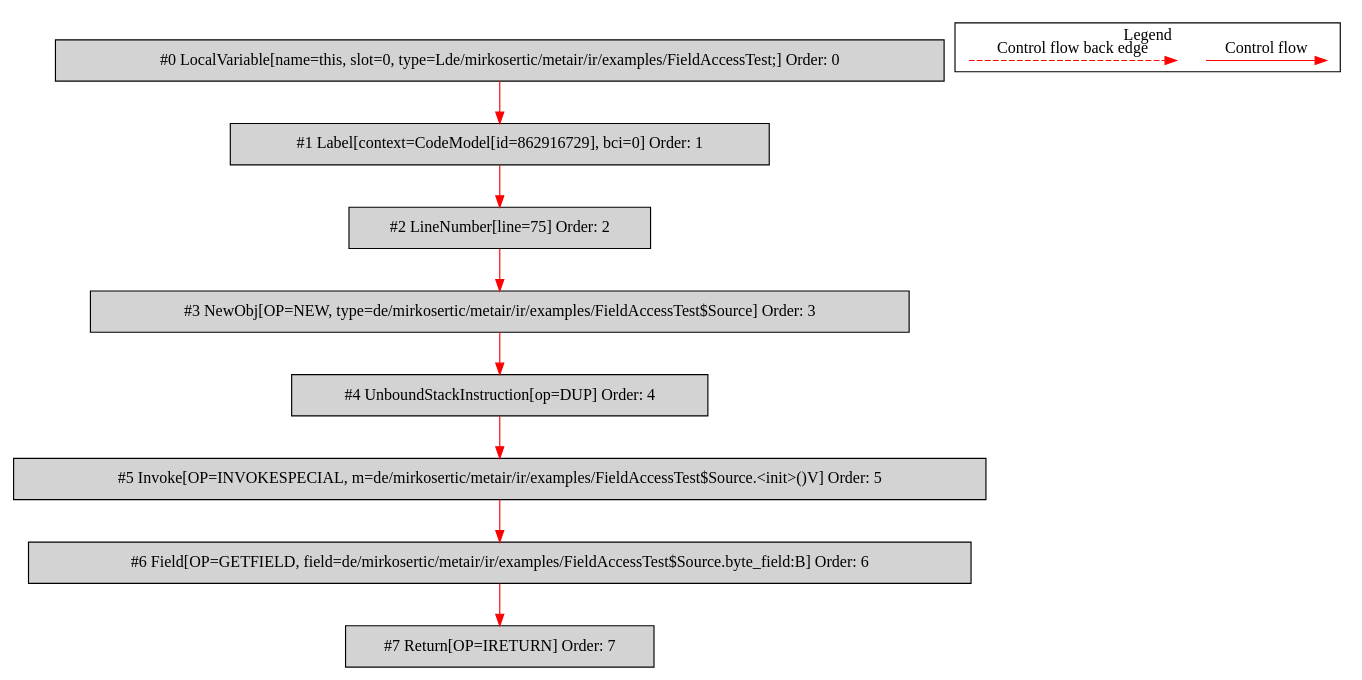
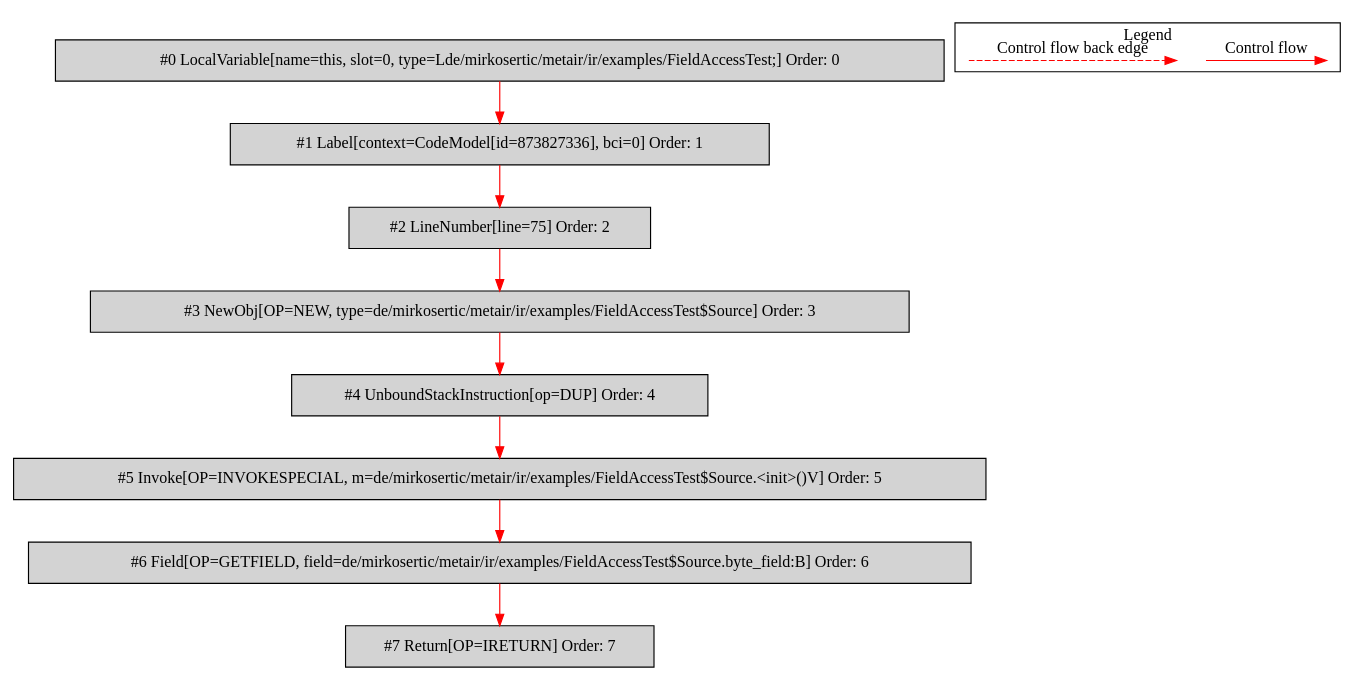
One commit to mirkosertic/MetaIR changed the diagram in de.mirkosertic.metair.ir.examples.FieldAccessTest/return_byte/bytecodecfg.dot. Above: the diagram before and after it, drawn with Graphviz. The commit also changed 1418 other files, not shown here.

```diff
--- a/de.mirkosertic.metair.ir.examples.FieldAccessTest/return_byte/bytecodecfg.dot
+++ b/de.mirkosertic.metair.ir.examples.FieldAccessTest/return_byte/bytecodecfg.dot
@@ -1,32 +1,32 @@
 digraph {
  ordering="in";
  node0[label="#0 LocalVariable[name=this, slot=0, type=Lde/mirkosertic/metair/ir/examples/FieldAccessTest;] Order: 0", shape=box, fillcolor=lightgrey, style=filled];
- node1[label="#1 Label[context=CodeModel[id=862916729], bci=0] Order: 1", shape=box, fillcolor=lightgrey, style=filled];
+ node1[label="#1 Label[context=CodeModel[id=873827336], bci=0] Order: 1", shape=box, fillcolor=lightgrey, style=filled];
  node2[label="#2 LineNumber[line=75] Order: 2", shape=box, fillcolor=lightgrey, style=filled];
  node3[label="#3 NewObj[OP=NEW, type=de/mirkosertic/metair/ir/examples/FieldAccessTest$Source] Order: 3", shape=box, fillcolor=lightgrey, style=filled];
  node4[label="#4 UnboundStackInstruction[op=DUP] Order: 4", shape=box, fillcolor=lightgrey, style=filled];
  node5[label="#5 Invoke[OP=INVOKESPECIAL, m=de/mirkosertic/metair/ir/examples/FieldAccessTest$Source.<init>()V] Order: 5", shape=box, fillcolor=lightgrey, style=filled];
  node6[label="#6 Field[OP=GETFIELD, field=de/mirkosertic/metair/ir/examples/FieldAccessTest$Source.byte_field:B] Order: 6", shape=box, fillcolor=lightgrey, style=filled];
  node7[label="#7 Return[OP=IRETURN] Order: 7", shape=box, fillcolor=lightgrey, style=filled];
  node0 -> node1[color=red];
  node1 -> node2[color=red];
  node2 -> node3[color=red];
  node3 -> node4[color=red];
  node4 -> node5[color=red];
  node5 -> node6[color=red];
  node6 -> node7[color=red];
  subgraph cluster_000 {
   label = "Legend";
   node [shape=point]
   {
    rank=same;
    c0 [style = invis];
    c1 [style = invis];
    c2 [style = invis];
    c3 [style = invis];
   }
   c0 -> c1 [label="Control flow", style=solid, color=red]
   c2 -> c3 [label="Control flow back edge", style=dashed, color=red]
  }
 
 }
```
